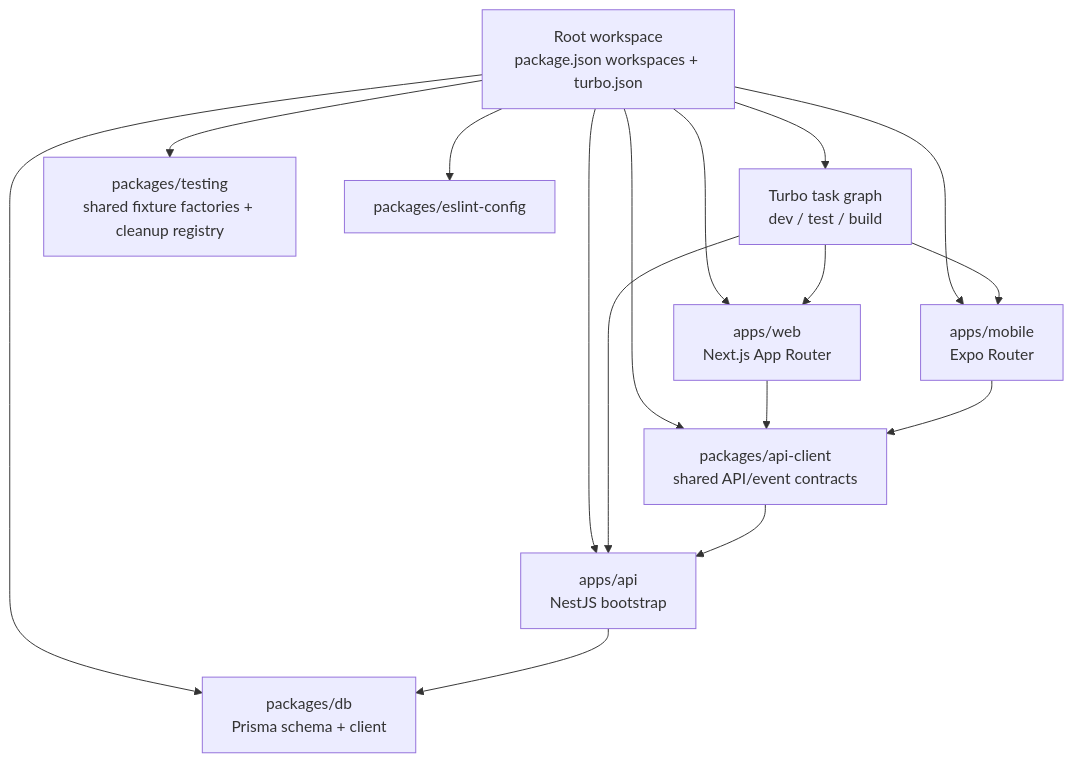
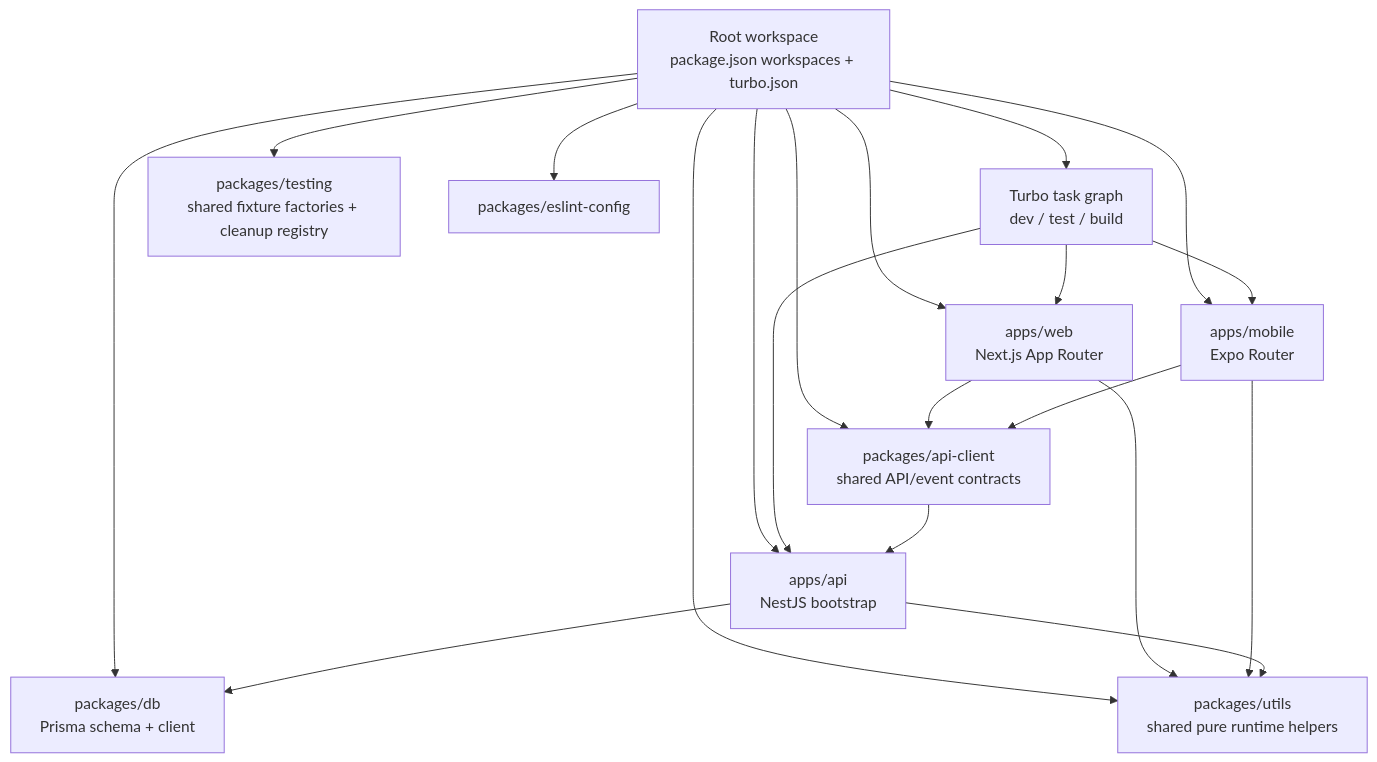
Before and after one commit to muratkeremozcan/couture-cast: the second of 16 diagrams in _bmad-output/project-knowledge/learning-path-step-by-step.md, drawn with Mermaid. The commit also changed other lines of this file and 43 other files, not shown here.

````diff
--- a/_bmad-output/project-knowledge/learning-path-step-by-step.md
+++ b/_bmad-output/project-knowledge/learning-path-step-by-step.md
@@ -220,23 +224,27 @@
 ```mermaid
 flowchart TD
   ROOT[Root workspace<br/>package.json workspaces + turbo.json]
   TURBO[Turbo task graph<br/>dev / test / build]
 
   ROOT --> WEB[apps/web<br/>Next.js App Router]
   ROOT --> MOBILE[apps/mobile<br/>Expo Router]
   ROOT --> API[apps/api<br/>NestJS bootstrap]
   ROOT --> APICLIENT[packages/api-client<br/>shared API/event contracts]
   ROOT --> DB[packages/db<br/>Prisma schema + client]
   ROOT --> TESTING[packages/testing<br/>shared fixture factories + cleanup registry]
+  ROOT --> UTILS[packages/utils<br/>shared pure runtime helpers]
   ROOT --> ESLINT[packages/eslint-config]
 
   ROOT --> TURBO
   TURBO --> WEB
   TURBO --> MOBILE
   TURBO --> API
 
   WEB --> APICLIENT
+  WEB --> UTILS
   MOBILE --> APICLIENT
+  MOBILE --> UTILS
   APICLIENT --> API
   API --> DB
+  API --> UTILS
 ```
````
